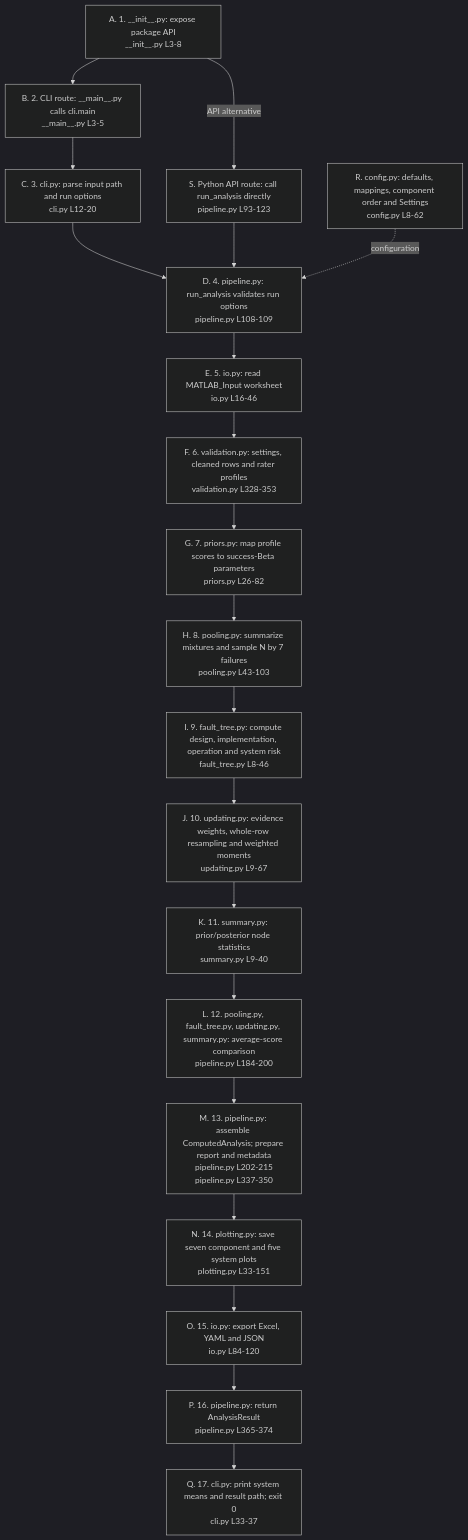
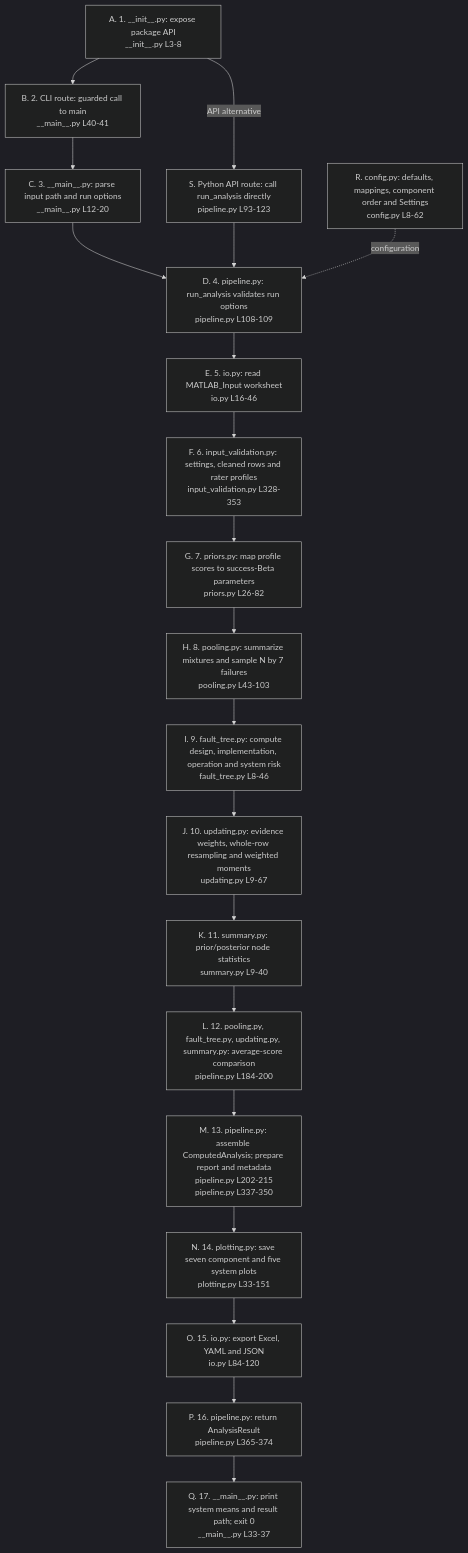
Before and after one commit to ykwang6126/Launch-Vehicle-Readiness-Estimation: the first of 13 diagrams in src/source_code_flowcharts.md, drawn with Mermaid (dark theme). The commit also changed other lines of this file and 22 other files, not shown here.

Commit message:
Rename input validation and consolidate CLI entry points

````diff
--- a/src/source_code_flowcharts.md
+++ b/src/source_code_flowcharts.md
@@ -38,41 +37,41 @@
 ```mermaid
 flowchart TD
     A["A. 1. __init__.py: expose package API<br/>__init__.py L3-8"]
-    B["B. 2. CLI route: __main__.py calls cli.main<br/>__main__.py L3-5"]
-    C["C. 3. cli.py: parse input path and run options<br/>cli.py L12-20"]
+    B["B. 2. CLI route: guarded call to main<br/>__main__.py L40-41"]
+    C["C. 3. __main__.py: parse input path and run options<br/>__main__.py L12-20"]
     D["D. 4. pipeline.py: run_analysis validates run options<br/>pipeline.py L108-109"]
     E["E. 5. io.py: read MATLAB_Input worksheet<br/>io.py L16-46"]
-    F["F. 6. validation.py: settings, cleaned rows and rater profiles<br/>validation.py L328-353"]
+    F["F. 6. input_validation.py: settings, cleaned rows and rater profiles<br/>input_validation.py L328-353"]
     G["G. 7. priors.py: map profile scores to success-Beta parameters<br/>priors.py L26-82"]
     H["H. 8. pooling.py: summarize mixtures and sample N by 7 failures<br/>pooling.py L43-103"]
     I["I. 9. fault_tree.py: compute design, implementation, operation and system risk<br/>fault_tree.py L8-46"]
     J["J. 10. updating.py: evidence weights, whole-row resampling and weighted moments<br/>updating.py L9-67"]
     K["K. 11. summary.py: prior/posterior node statistics<br/>summary.py L9-40"]
     L["L. 12. pooling.py, fault_tree.py, updating.py, summary.py: average-score comparison<br/>pipeline.py L184-200"]
     M["M. 13. pipeline.py: assemble ComputedAnalysis; prepare report and metadata<br/>pipeline.py L202-215<br/>pipeline.py L337-350"]
     N["N. 14. plotting.py: save seven component and five system plots<br/>plotting.py L33-151"]
     O["O. 15. io.py: export Excel, YAML and JSON<br/>io.py L84-120"]
     P["P. 16. pipeline.py: return AnalysisResult<br/>pipeline.py L365-374"]
-    Q["Q. 17. cli.py: print system means and result path; exit 0<br/>cli.py L33-37"]
+    Q["Q. 17. __main__.py: print system means and result path; exit 0<br/>__main__.py L33-37"]
     R["R. config.py: defaults, mappings, component order and Settings<br/>config.py L8-62"]
     S["S. Python API route: call run_analysis directly<br/>pipeline.py L93-123"]
     A --> B
     B --> C
     C --> D
     D --> E
     E --> F
     F --> G
     G --> H
     H --> I
     I --> J
     J --> K
     K --> L
     L --> M
     M --> N
     N --> O
     O --> P
     P --> Q
     A -->|"API alternative"| S
     S --> D
     R -. "configuration" .-> D
 ```
````
